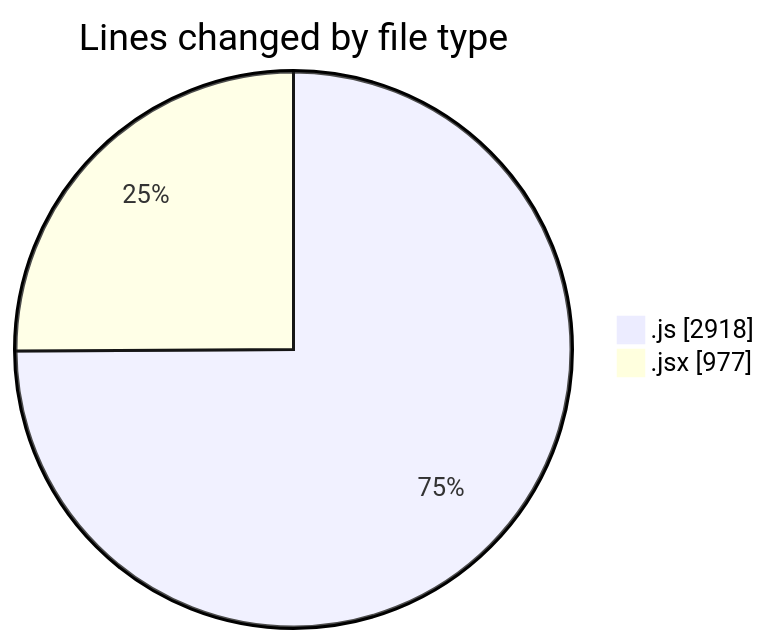
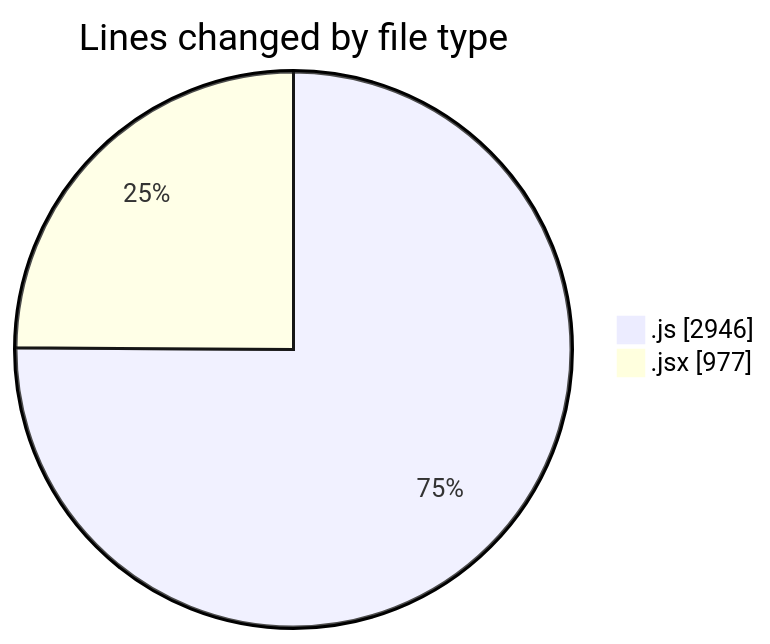
One commit to nxtqubesakshisongat/code-tracking changed the first of 2 diagrams in 2025-08-13/nxtqube_webapp/README.md. Above: the diagram before and after it, drawn with Mermaid. The commit also changed other lines of this file and 1 other file, not shown here.

````diff
--- a/2025-08-13/nxtqube_webapp/README.md
+++ b/2025-08-13/nxtqube_webapp/README.md
@@ -22,6 +22,6 @@
 ```mermaid
 pie showData
 title Lines changed by file type
-".js" : 2918
+".js" : 2946
 ".jsx" : 977
 ```
````
